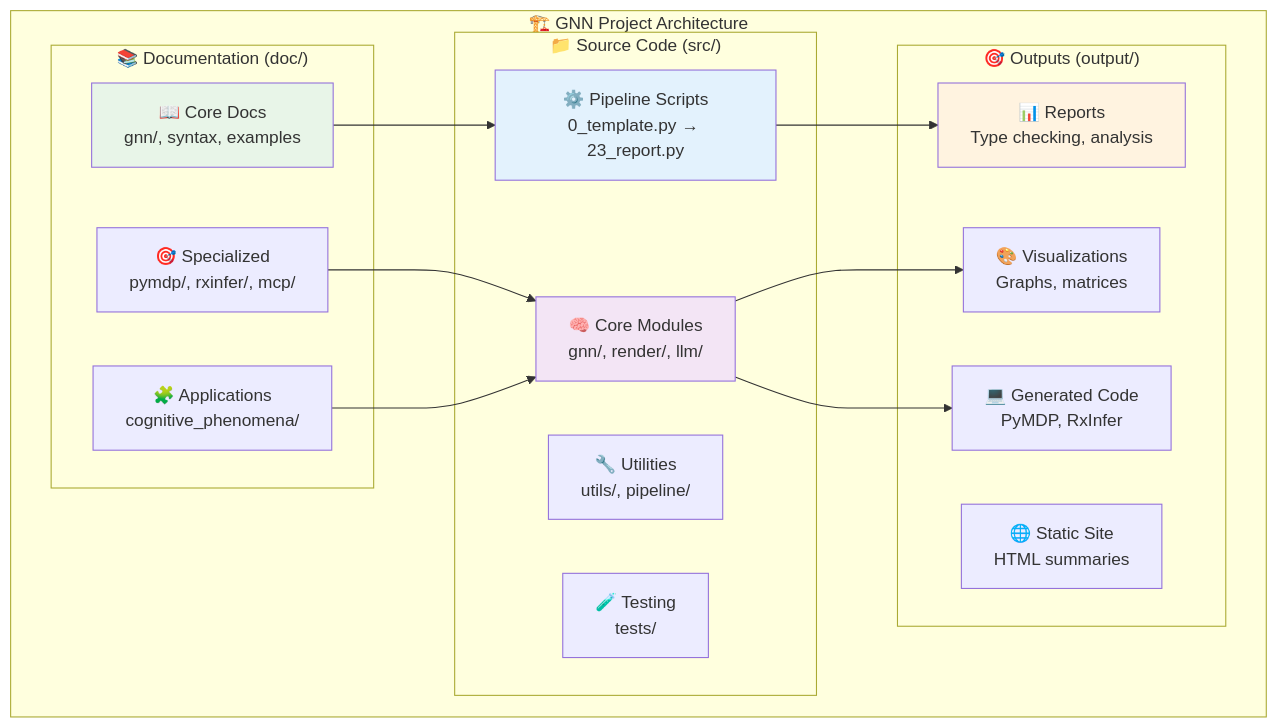
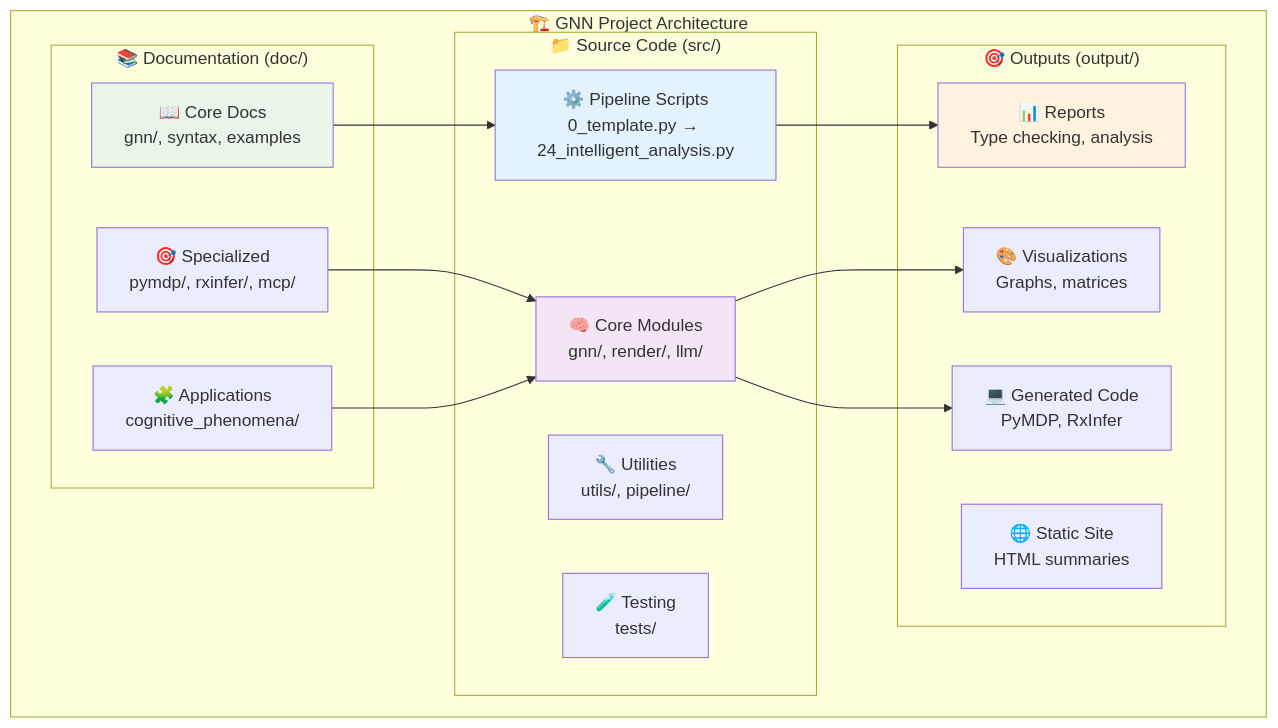
Before and after one commit to ActiveInferenceInstitute/GeneralizedNotationNotation: the second of 8 diagrams in README.md, drawn with Mermaid. The commit also changed other lines of this file and 10 other files, not shown here.

````diff
--- a/README.md
+++ b/README.md
@@ -275,36 +275,36 @@
 ```mermaid
 graph TB
     subgraph "🏗️ GNN Project Architecture"
         subgraph "📁 Source Code (src/)"
-            A[⚙️ Pipeline Scripts<br/>0_template.py → 23_report.py]
+            A[⚙️ Pipeline Scripts<br/>0_template.py → 24_intelligent_analysis.py]
             B[🧠 Core Modules<br/>gnn/, render/, llm/]
             C[🔧 Utilities<br/>utils/, pipeline/]
             D[🧪 Testing<br/>tests/]
         end
         
         subgraph "📚 Documentation (doc/)"
             E[📖 Core Docs<br/>gnn/, syntax, examples]
             F[🎯 Specialized<br/>pymdp/, rxinfer/, mcp/]
             G[🧩 Applications<br/>cognitive_phenomena/]
         end
         
         subgraph "🎯 Outputs (output/)"
             H[📊 Reports<br/>Type checking, analysis]
             I[🎨 Visualizations<br/>Graphs, matrices]
             J[💻 Generated Code<br/>PyMDP, RxInfer]
             K[🌐 Static Site<br/>HTML summaries]
         end
     end
     
     A --> H
     B --> I
     B --> J
     E --> A
     F --> B
     G --> B
     
     style A fill:#e3f2fd
     style B fill:#f3e5f5
     style E fill:#e8f5e8
     style H fill:#fff3e0
 ```
````
